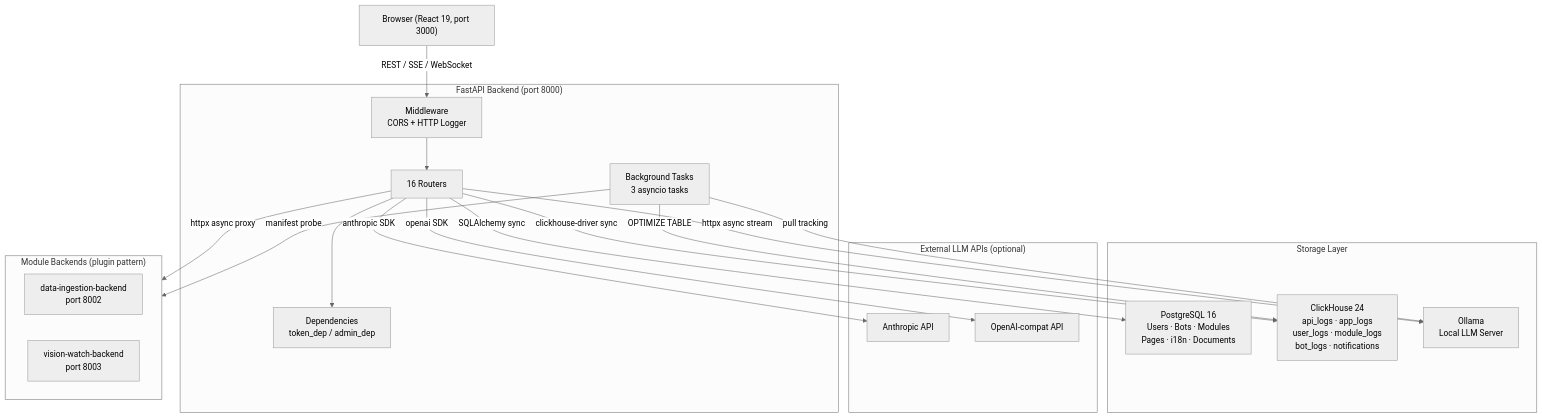
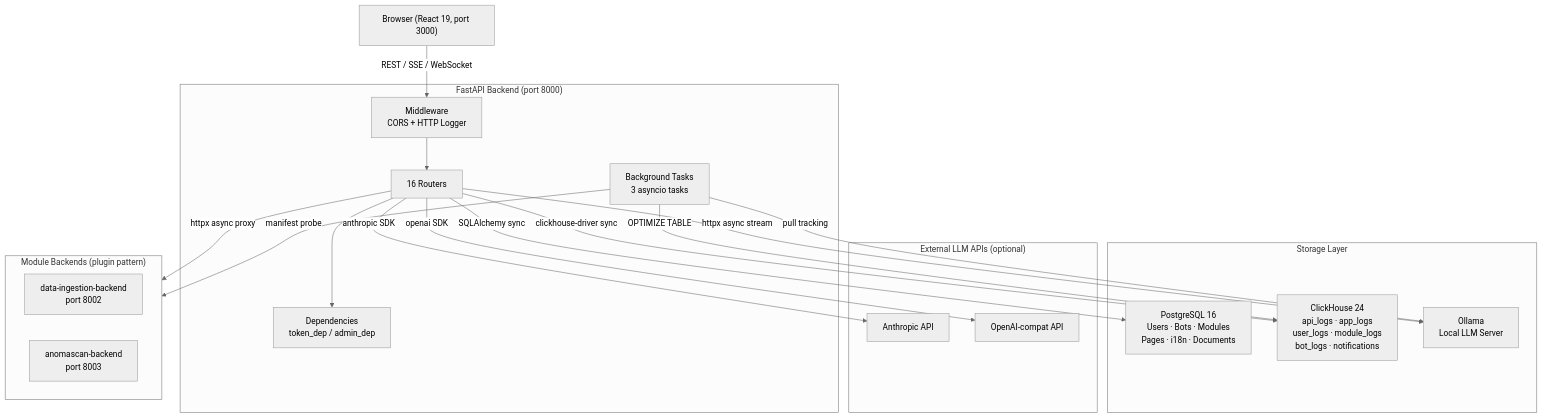
Before and after one commit to KissSpinobleZsolt/spin-core: the diagram in diagramms/backend/01-system-architecture.md, drawn with Mermaid (neutral theme). The commit also changed 3 other files, not shown here.

````diff
--- a/diagramms/backend/01-system-architecture.md
+++ b/diagramms/backend/01-system-architecture.md
@@ -5,40 +5,40 @@
 ```mermaid
 graph TB
     Browser["Browser (React 19, port 3000)"]
 
     subgraph FastAPI["FastAPI Backend (port 8000)"]
         MW["Middleware\nCORS + HTTP Logger"]
         Routers["16 Routers"]
         Deps["Dependencies\ntoken_dep / admin_dep"]
         BG["Background Tasks\n3 asyncio tasks"]
     end
 
     subgraph Storage["Storage Layer"]
         PG["PostgreSQL 16\nUsers · Bots · Modules\nPages · i18n · Documents"]
         CH["ClickHouse 24\napi_logs · app_logs\nuser_logs · module_logs\nbot_logs · notifications"]
         OLL["Ollama\nLocal LLM Server"]
     end
 
     subgraph External["External LLM APIs (optional)"]
         ANT["Anthropic API"]
         OAI["OpenAI-compat API"]
     end
 
     subgraph Modules["Module Backends (plugin pattern)"]
         MB1["data-ingestion-backend\nport 8002"]
-        MB2["vision-watch-backend\nport 8003"]
+        MB2["anomascan-backend\nport 8003"]
     end
 
     Browser -->|"REST / SSE / WebSocket"| MW
     MW --> Routers
     Routers --> Deps
     Routers -->|"SQLAlchemy sync"| PG
     Routers -->|"clickhouse-driver sync"| CH
     Routers -->|"httpx async stream"| OLL
     Routers -->|"httpx async proxy"| Modules
     BG -->|"pull tracking"| OLL
     BG -->|"OPTIMIZE TABLE"| CH
     BG -->|"manifest probe"| Modules
     Routers -->|"anthropic SDK"| ANT
     Routers -->|"openai SDK"| OAI
 ```
````
